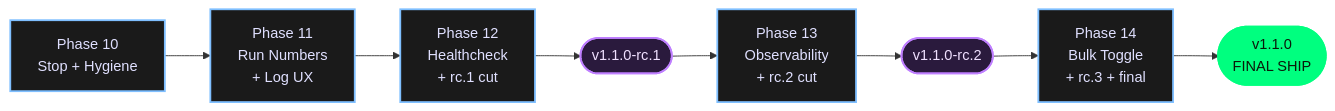
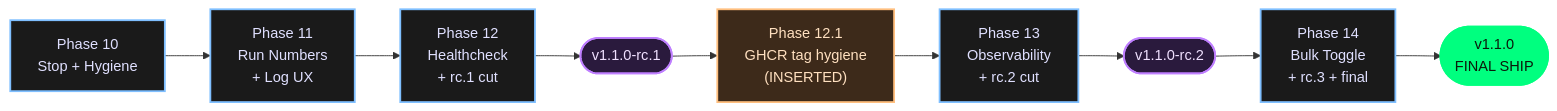
One commit to SimplicityGuy/cronduit changed the first of 2 diagrams in .planning/STATE.md. Above: the diagram before and after it, drawn with Mermaid. The commit also changed other lines of this file and 3 other files, not shown here.

````diff
--- a/.planning/STATE.md
+++ b/.planning/STATE.md
@@ -39,17 +39,20 @@
 ```mermaid
 flowchart LR
     P10["Phase 10<br/>Stop + Hygiene"] --> P11["Phase 11<br/>Run Numbers<br/>+ Log UX"]
     P11 --> P12["Phase 12<br/>Healthcheck<br/>+ rc.1 cut"]
     P12 --> RC1(["v1.1.0-rc.1"])
-    RC1 --> P13["Phase 13<br/>Observability<br/>+ rc.2 cut"]
+    RC1 --> P121["Phase 12.1<br/>GHCR tag hygiene<br/>(INSERTED)"]
+    P121 --> P13["Phase 13<br/>Observability<br/>+ rc.2 cut"]
     P13 --> RC2(["v1.1.0-rc.2"])
     RC2 --> P14["Phase 14<br/>Bulk Toggle<br/>+ rc.3 + final"]
     P14 --> SHIP(["v1.1.0<br/>FINAL SHIP"])
 
     classDef phase fill:#1a1a1a,stroke:#7fbfff,stroke-width:2px,color:#e0e0ff
+    classDef inserted fill:#3d2a1a,stroke:#ffbf7f,stroke-width:2px,color:#ffe0c0
     classDef rc fill:#2a1a3d,stroke:#bf7fff,stroke-width:2px,color:#f0e0ff
     classDef ship fill:#00ff7f,stroke:#00ff7f,stroke-width:3px,color:#0a1a0a
     class P10,P11,P12,P13,P14 phase
+    class P121 inserted
     class RC1,RC2 rc
     class SHIP ship
 ```
````
